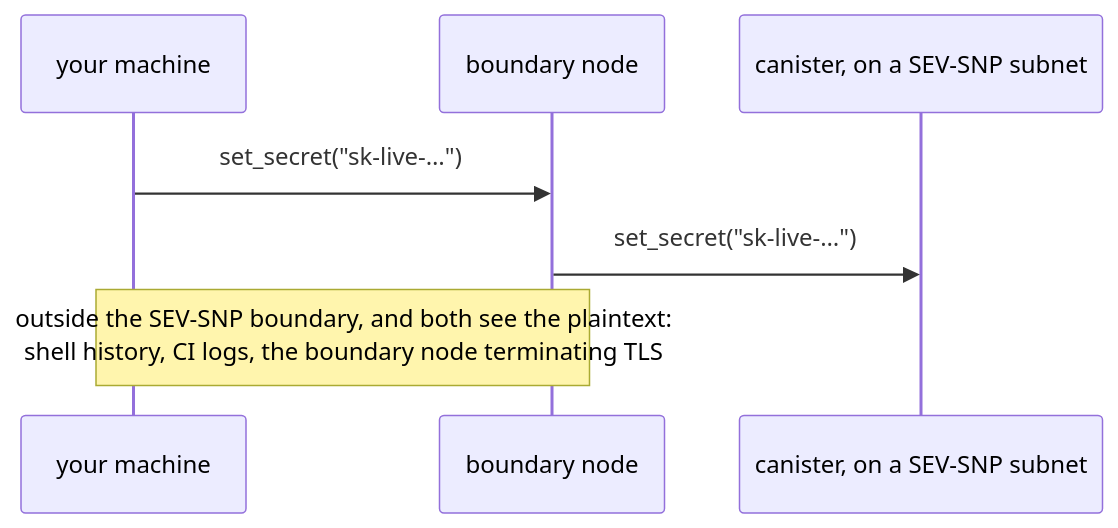
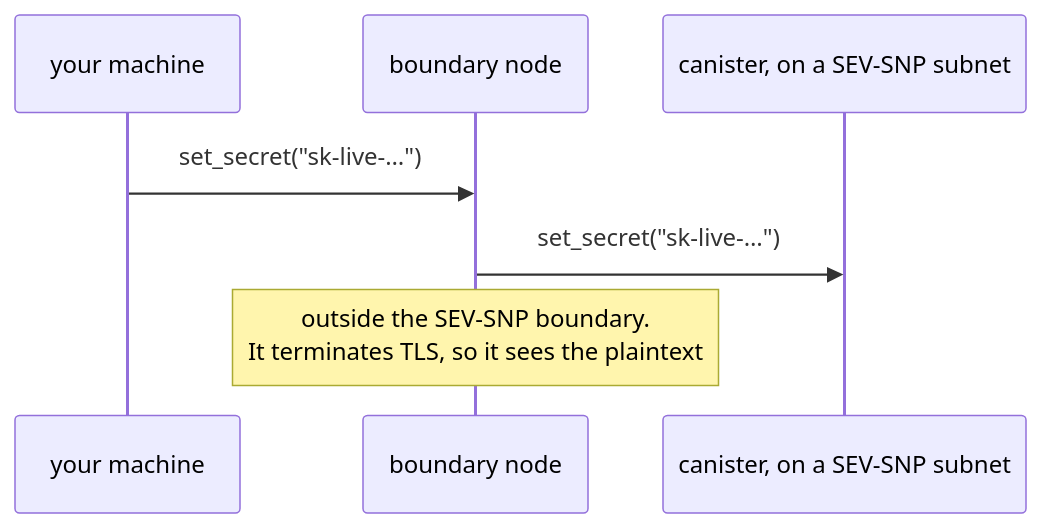
One commit to marc0olo/icp-seeding-secrets-poc changed the first of 2 diagrams in README.md. Above: the diagram before and after it, drawn with Mermaid. The commit also changed other lines of this file and 2 other files, not shown here.

````diff
--- a/README.md
+++ b/README.md
@@ -20,9 +20,9 @@
 ```mermaid
 sequenceDiagram
     participant Dev as your machine
     participant BN as boundary node
     participant Can as canister, on a SEV-SNP subnet
     Dev->>BN: set_secret("sk-live-…")
     BN->>Can: set_secret("sk-live-…")
-    Note over Dev,BN: outside the SEV-SNP boundary, and both see the plaintext:<br/>shell history, CI logs, the boundary node terminating TLS
+    Note over BN: outside the SEV-SNP boundary.<br/>It terminates TLS, so it sees the plaintext
 ```
````
